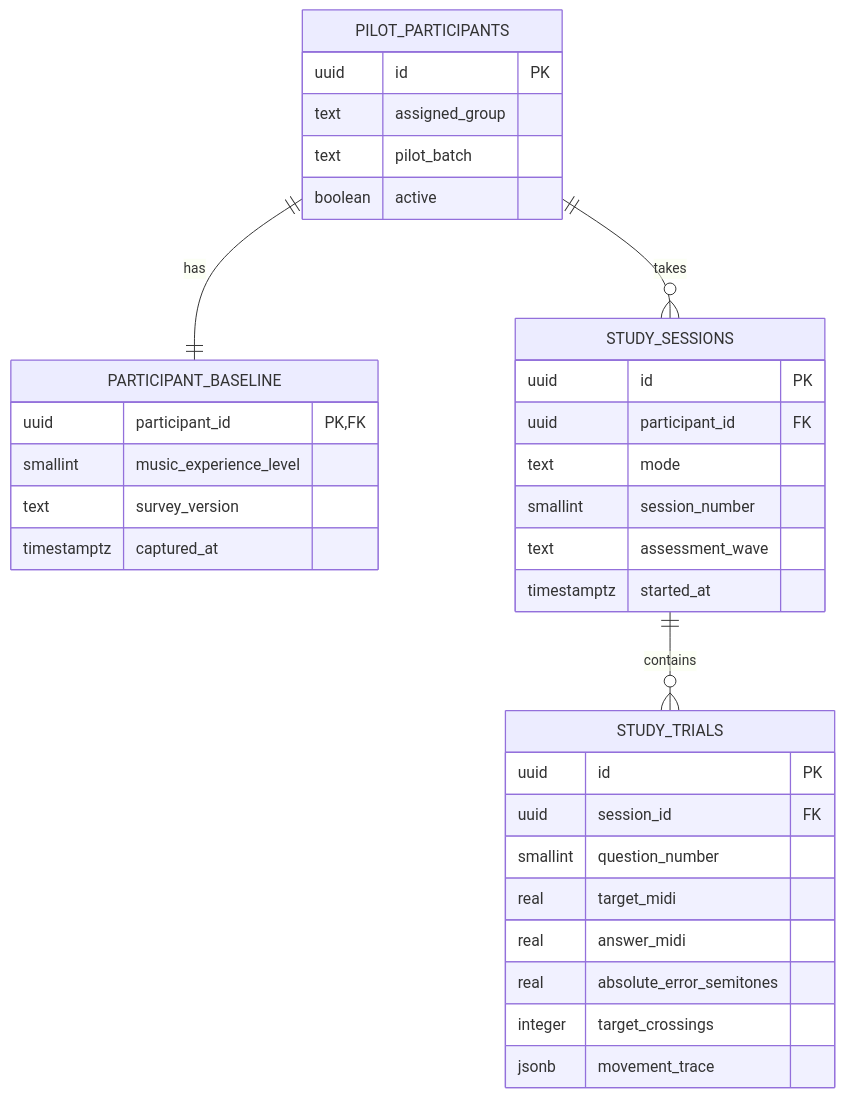
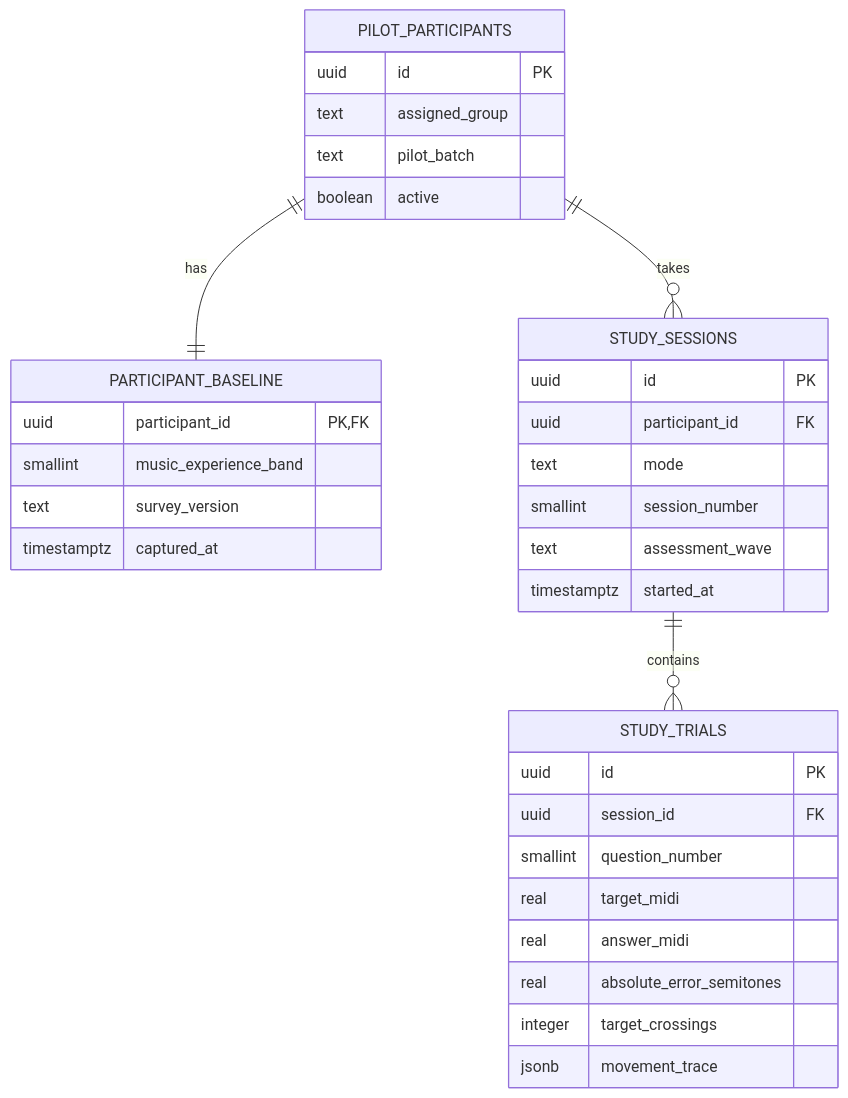
One commit to ihiahipg/1onkan- changed the diagram in DATA_MODEL_PILOT.md. Above: the diagram before and after it, drawn with Mermaid. The commit also changed other lines of this file and 28 other files, not shown here.

````diff
--- a/DATA_MODEL_PILOT.md
+++ b/DATA_MODEL_PILOT.md
@@ -5,36 +5,36 @@
 ```mermaid
 erDiagram
   PILOT_PARTICIPANTS ||--|| PARTICIPANT_BASELINE : has
   PILOT_PARTICIPANTS ||--o{ STUDY_SESSIONS : takes
   STUDY_SESSIONS ||--o{ STUDY_TRIALS : contains
   PILOT_PARTICIPANTS {
     uuid id PK
     text assigned_group
     text pilot_batch
     boolean active
   }
   PARTICIPANT_BASELINE {
     uuid participant_id PK,FK
-    smallint music_experience_level
+    smallint music_experience_band
     text survey_version
     timestamptz captured_at
   }
   STUDY_SESSIONS {
     uuid id PK
     uuid participant_id FK
     text mode
     smallint session_number
     text assessment_wave
     timestamptz started_at
   }
   STUDY_TRIALS {
     uuid id PK
     uuid session_id FK
     smallint question_number
     real target_midi
     real answer_midi
     real absolute_error_semitones
     integer target_crossings
     jsonb movement_trace
   }
 ```
````
